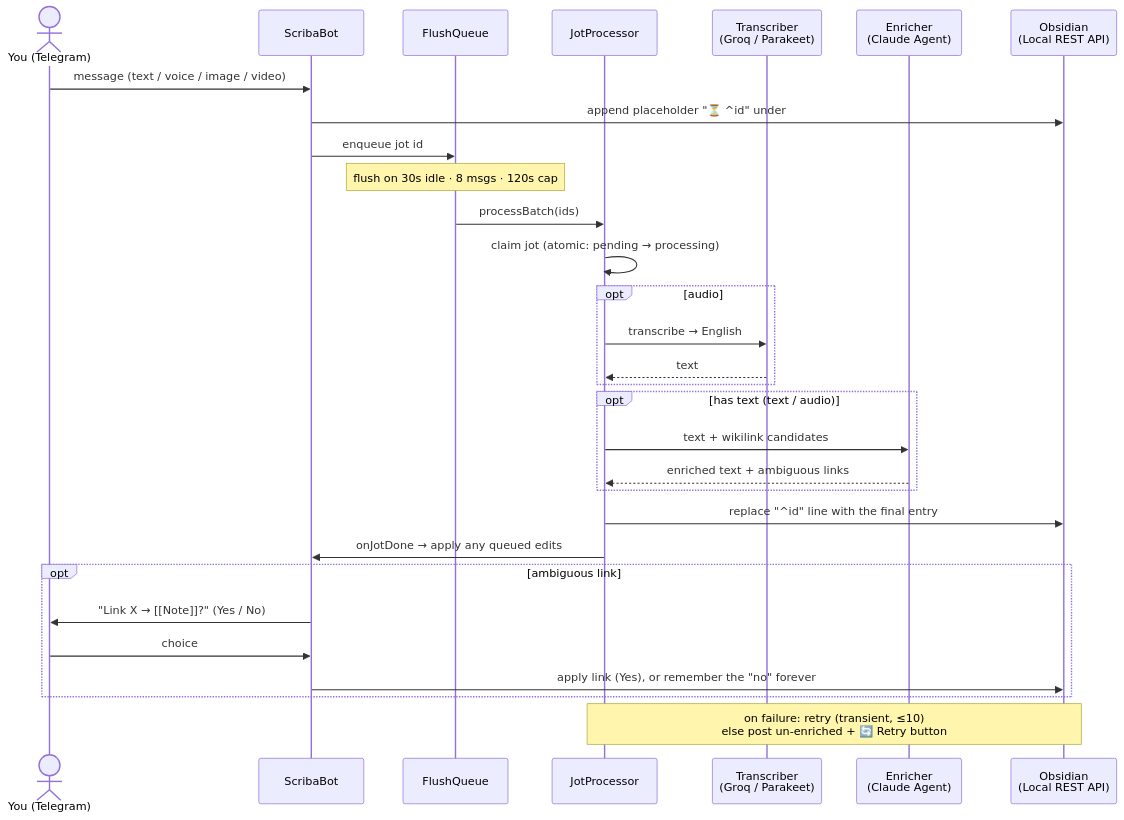
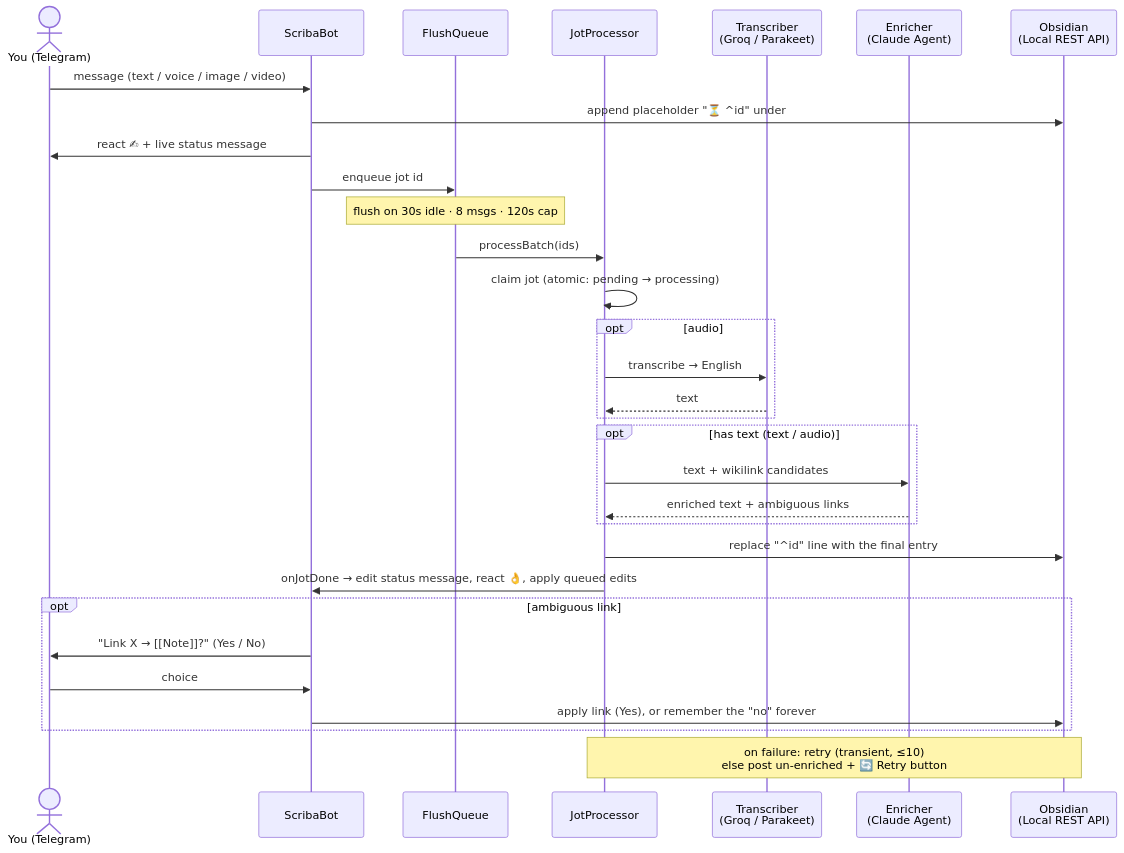
The first of 2 diagrams in README.md (khaosdoctor/scriba), drawn with Mermaid before and after one commit. The commit also changed other lines of this file, not shown here.

Commit message:
docs: refresh README with rating, habits, live status, and reactions

````diff
--- a/README.md
+++ b/README.md
@@ -40,36 +51,37 @@
 ```mermaid
 sequenceDiagram
     actor U as You (Telegram)
     participant B as ScribaBot
     participant Q as FlushQueue
     participant P as JotProcessor
     participant T as Transcriber<br/>(Groq / Parakeet)
     participant E as Enricher<br/>(Claude Agent)
     participant O as Obsidian<br/>(Local REST API)
 
     U->>B: message (text / voice / image / video)
     B->>O: append placeholder "⏳ ^id" under ## Journal
+    B->>U: react ✍ + live status message
     B->>Q: enqueue jot id
     Note over Q: flush on 30s idle · 8 msgs · 120s cap
 
     Q->>P: processBatch(ids)
     P->>P: claim jot (atomic: pending → processing)
     opt audio
         P->>T: transcribe → English
         T-->>P: text
     end
     opt has text (text / audio)
         P->>E: text + wikilink candidates
         E-->>P: enriched text + ambiguous links
     end
     P->>O: replace "^id" line with the final entry
-    P->>B: onJotDone → apply any queued edits
+    P->>B: onJotDone → edit status message, react 👌, apply queued edits
 
     opt ambiguous link
         B->>U: "Link X → [[Note]]?" (Yes / No)
         U->>B: choice
         B->>O: apply link (Yes), or remember the "no" forever
     end
 
     Note over P,O: on failure: retry (transient, ≤10)<br/>else post un-enriched + 🔄 Retry button
 ```
````
